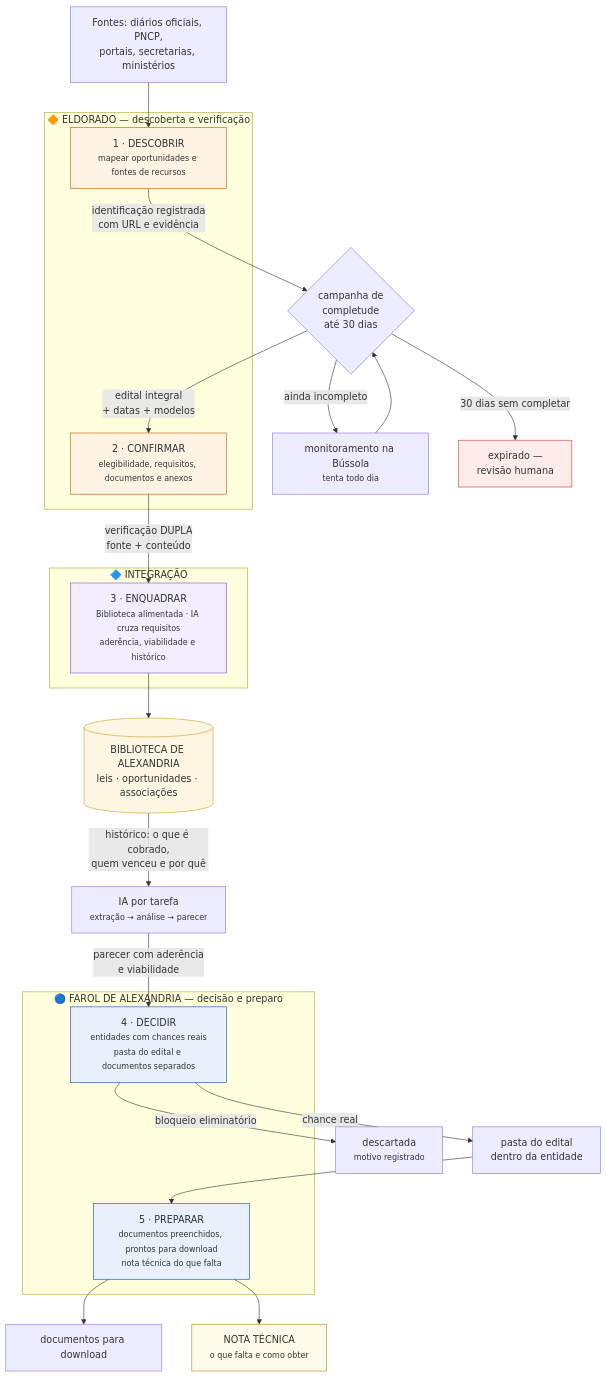
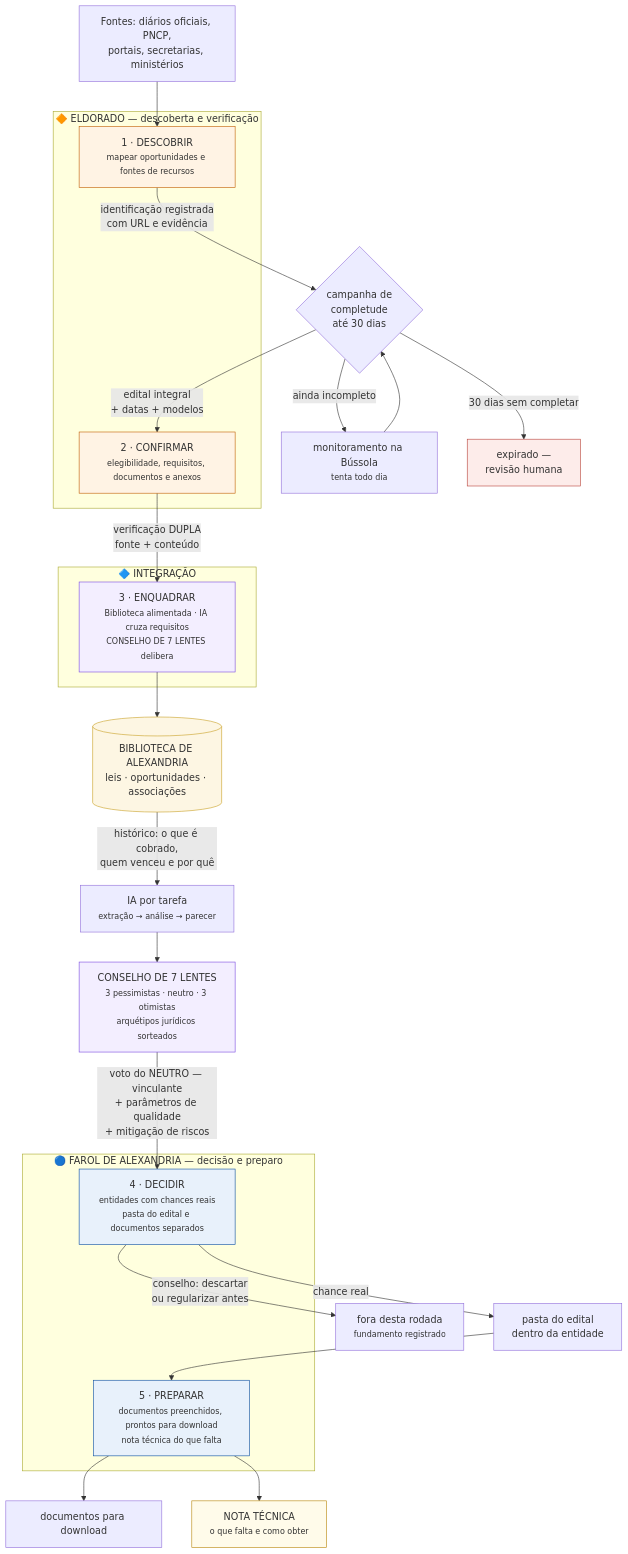
One commit to amcjardimamerica-arch/Eldorado changed the first of 3 diagrams in ARQUITETURA.md. Above: the diagram before and after it, drawn with Mermaid. The commit also changed other lines of this file and 14 other files, not shown here.

````diff
--- a/ARQUITETURA.md
+++ b/ARQUITETURA.md
@@ -5,39 +5,41 @@
 ```mermaid
 flowchart TD
     subgraph ELD["🔶 ELDORADO — descoberta e verificação"]
         P1["1 · DESCOBRIR<br/><small>mapear oportunidades e fontes de recursos</small>"]
         P2["2 · CONFIRMAR<br/><small>elegibilidade, requisitos, documentos e anexos</small>"]
     end
     subgraph INT["🔷 INTEGRAÇÃO"]
-        P3["3 · ENQUADRAR<br/><small>Biblioteca alimentada · IA cruza requisitos<br/>aderência, viabilidade e histórico</small>"]
+            P3["3 · ENQUADRAR<br/><small>Biblioteca alimentada · IA cruza requisitos<br/>CONSELHO DE 7 LENTES delibera</small>"]
     end
     subgraph FAR["🔵 FAROL DE ALEXANDRIA — decisão e preparo"]
         P4["4 · DECIDIR<br/><small>entidades com chances reais<br/>pasta do edital e documentos separados</small>"]
         P5["5 · PREPARAR<br/><small>documentos preenchidos, prontos para download<br/>nota técnica do que falta</small>"]
     end
 
     F["Fontes: diários oficiais, PNCP,<br/>portais, secretarias, ministérios"] --> P1
     P1 -->|identificação registrada<br/>com URL e evidência| C{"campanha de<br/>completude<br/>até 30 dias"}
     C -->|edital integral<br/>+ datas + modelos| P2
     C -->|ainda incompleto| M["monitoramento na Bússola<br/><small>tenta todo dia</small>"] --> C
     C -->|30 dias sem completar| H["expirado —<br/>revisão humana"]
     P2 -->|verificação DUPLA<br/>fonte + conteúdo| P3
 
     P3 --> B[("BIBLIOTECA DE ALEXANDRIA<br/>leis · oportunidades · associações")]
     B -->|histórico: o que é cobrado,<br/>quem venceu e por quê| IA["IA por tarefa<br/><small>extração → análise → parecer</small>"]
-    IA -->|parecer com aderência<br/>e viabilidade| P4
+    IA --> CO["CONSELHO DE 7 LENTES<br/><small>3 pessimistas · neutro · 3 otimistas<br/>arquétipos jurídicos sorteados</small>"]
+    CO -->|voto do NEUTRO — vinculante<br/>+ parâmetros de qualidade<br/>+ mitigação de riscos| P4
 
-    P4 -->|bloqueio eliminatório| D["descartada<br/><small>motivo registrado</small>"]
+    P4 -->|conselho: descartar<br/>ou regularizar antes| D["fora desta rodada<br/><small>fundamento registrado</small>"]
     P4 -->|chance real| PA["pasta do edital<br/>dentro da entidade"] --> P5
     P5 --> DL["documentos para download"]
     P5 --> NT["NOTA TÉCNICA<br/><small>o que falta e como obter</small>"]
 
     style P1 fill:#FFF3E4,stroke:#C05E00
     style P2 fill:#FFF3E4,stroke:#C05E00
     style P3 fill:#F3EEFF,stroke:#7B4BE0
+    style CO fill:#F3EEFF,stroke:#7B4BE0
     style P4 fill:#E8F1FB,stroke:#0B4EA2
     style P5 fill:#E8F1FB,stroke:#0B4EA2
     style B fill:#FDF6E3,stroke:#C9A227
     style H fill:#FDECEA,stroke:#B8433A
     style NT fill:#FFFBEA,stroke:#B8860B
 ```
````
